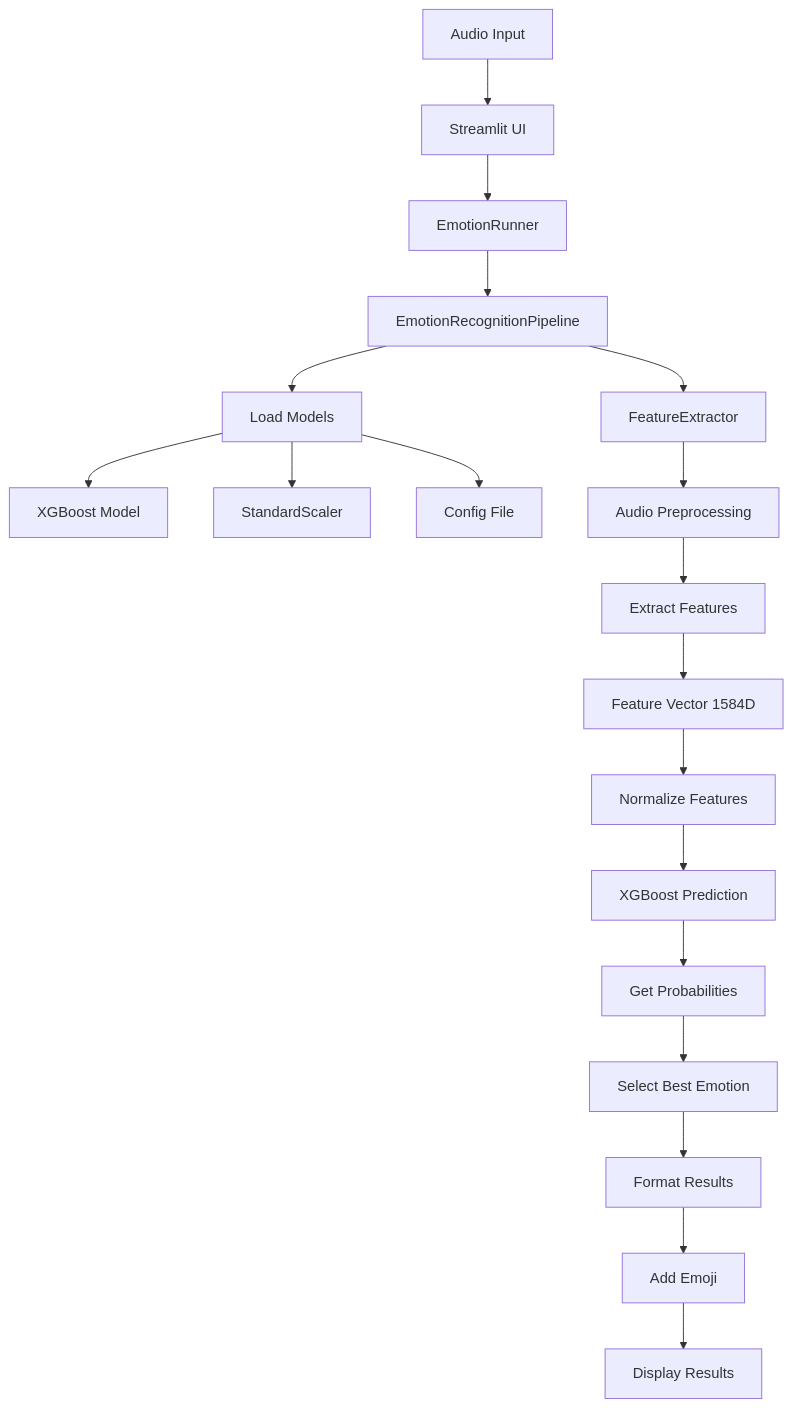
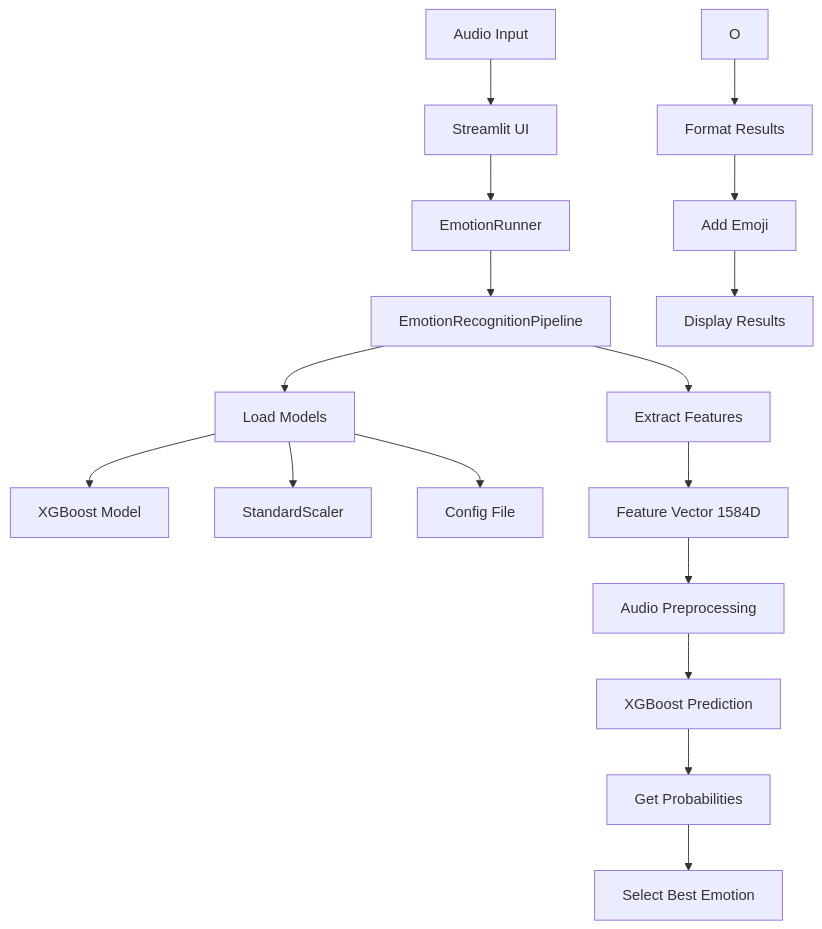
The diagram in README.md (ZiyadALharbi/Voice-Emotion-Recognition-System), drawn with Mermaid before and after one commit.

````diff
--- a/README.md
+++ b/README.md
@@ -80,25 +80,23 @@
 ```mermaid
 graph TD
     A[Audio Input] --> B[Streamlit UI]
     B --> C[EmotionRunner]
     C --> D[EmotionRecognitionPipeline]
   
     D --> E[Load Models]
     E --> F[XGBoost Model]
     E --> G[StandardScaler]
     E --> H[Config File]
   
-    D --> I[FeatureExtractor]
-    I --> J[Audio Preprocessing]
-    J --> K[Extract Features]
-    K --> L[Feature Vector 1584D]
+    D --> I[Extract Features]
+    I --> J[Feature Vector 1584D]
+    J --> K[Audio Preprocessing]
   
-    L --> M[Normalize Features]
-    M --> N[XGBoost Prediction]
-    N --> O[Get Probabilities]
-    O --> P[Select Best Emotion]
+    K --> L[XGBoost Prediction]
+    L --> M[Get Probabilities]
+    M --> N[Select Best Emotion]
   
-    P --> Q[Format Results]
-    Q --> R[Add Emoji]
-    R --> S[Display Results]
+    O --> P[Format Results]
+    P --> Q[Add Emoji]
+    Q --> R[Display Results]
 ```
````
